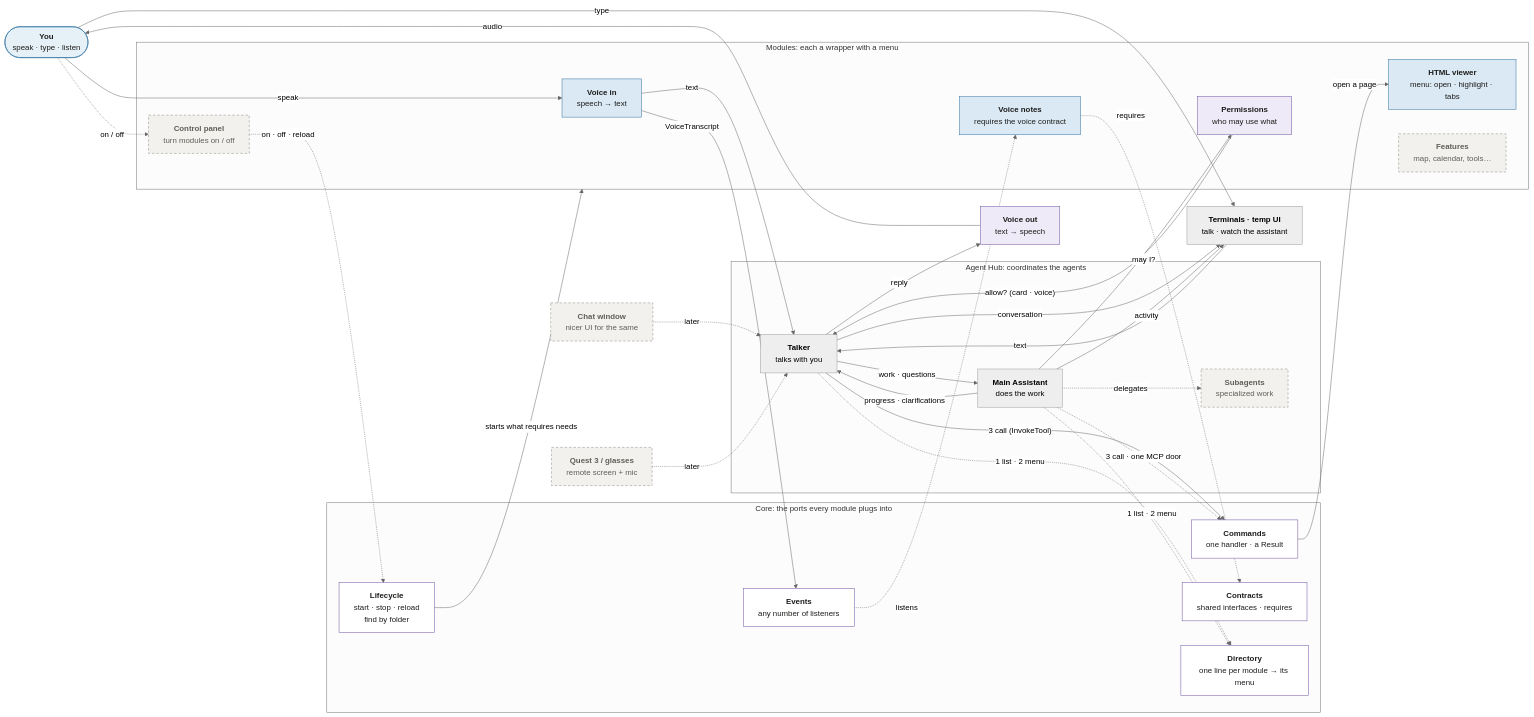
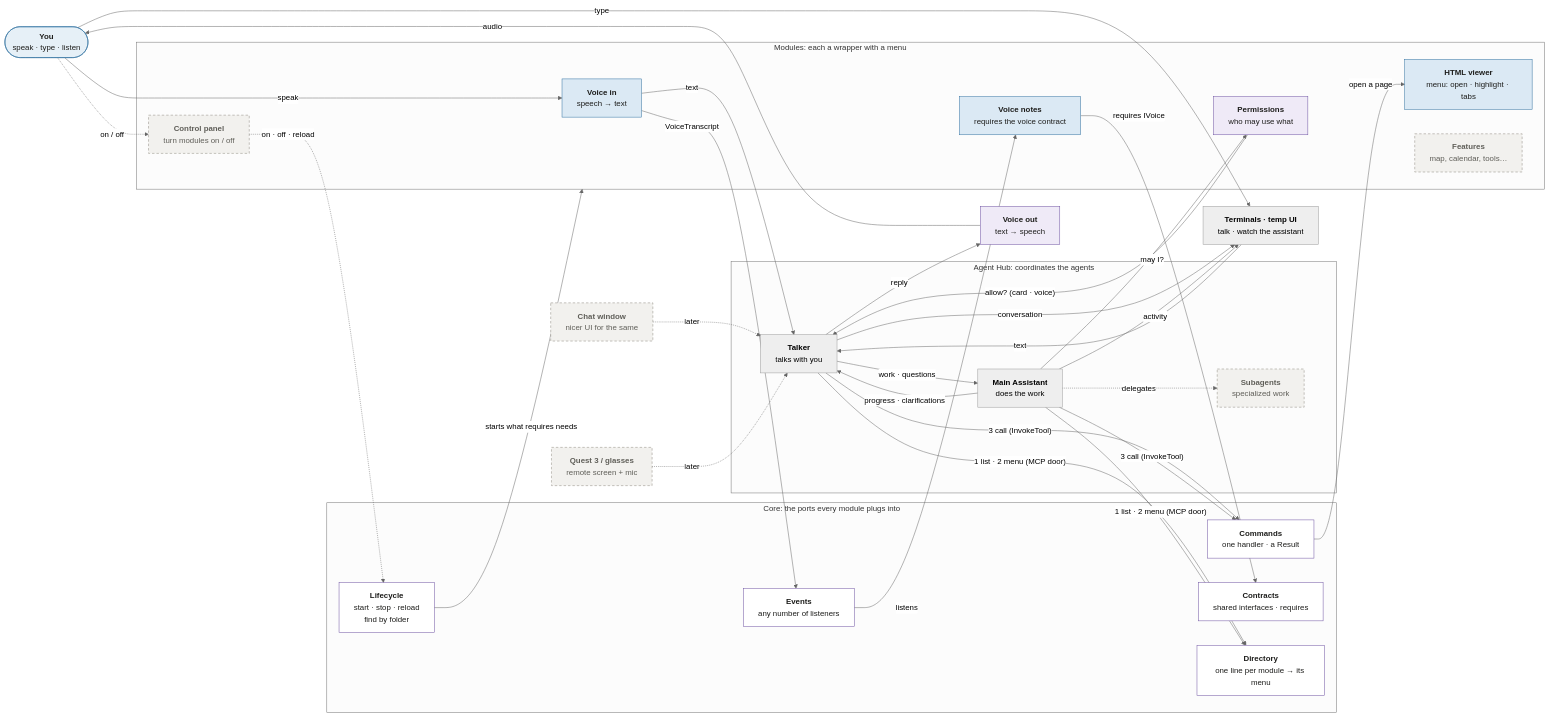
Before and after one commit to sharramon/AI_Assistant: the diagram in docs/architecture/README.md, drawn with Mermaid (neutral theme). The commit also changed 13 other files, not shown here.

Commit message:
Module system: final checks (philosophy table, diagrams, swap-every-module test) and the restart test

````diff
--- a/docs/architecture/README.md
+++ b/docs/architecture/README.md
@@ -9,69 +9,69 @@
 ```mermaid
 flowchart LR
     You(["<b>You</b><br/>speak · type · listen"])
     Term["<b>Terminals · temp UI</b><br/>talk · watch the assistant"]
     Window["<b>Chat window</b><br/>nicer UI for the same"]
     Quest["<b>Quest 3 / glasses</b><br/>remote screen + mic"]
     VoiceOut["<b>Voice out</b><br/>text → speech"]
 
     subgraph Hub["Agent Hub: coordinates the agents"]
         Talker["<b>Talker</b><br/>talks with you"]
         Main["<b>Main Assistant</b><br/>does the work"]
         Subs["<b>Subagents</b><br/>specialized work"]
         Talker -- work · questions --> Main
         Main -- progress · clarifications --> Talker
         Main -. delegates .-> Subs
     end
 
     subgraph Core["Core: the ports every module plugs into"]
         Life["<b>Lifecycle</b><br/>start · stop · reload<br/>find by folder"]
         Cmds["<b>Commands</b><br/>one handler · a Result"]
         Events["<b>Events</b><br/>any number of listeners"]
         Contracts["<b>Contracts</b><br/>shared interfaces · requires"]
         Dir["<b>Directory</b><br/>one line per module → its menu"]
     end
 
     subgraph Mods["Modules: each a wrapper with a menu"]
         VoiceIn["<b>Voice in</b><br/>speech → text"]
         Viewer["<b>HTML viewer</b><br/>menu: open · highlight · tabs"]
         Notes["<b>Voice notes</b><br/>requires the voice contract"]
         Perms["<b>Permissions</b><br/>who may use what"]
         Control["<b>Control panel</b><br/>turn modules on / off"]
         Features["<b>Features</b><br/>map, calendar, tools…"]
     end
 
     You -- speak --> VoiceIn
     You -- type --> Term
     VoiceIn -- text --> Talker
     Term -- text --> Talker
     Talker -- conversation --> Term
     Main -- activity --> Term
     Talker -- reply --> VoiceOut
     VoiceOut -- audio --> You
     Window -. later .-> Talker
     Quest -. later .-> Talker
-    Talker -. "1 list · 2 menu" .-> Dir
-    Main -. "1 list · 2 menu" .-> Dir
+    Talker -- "1 list · 2 menu (MCP door)" --> Dir
+    Main -- "1 list · 2 menu (MCP door)" --> Dir
     Talker -- "3 call (InvokeTool)" --> Cmds
-    Main -. "3 call · one MCP door" .-> Cmds
+    Main -- "3 call (InvokeTool)" --> Cmds
     Cmds -- "open a page" --> Viewer
     VoiceIn -- VoiceTranscript --> Events
-    Events -. listens .-> Notes
-    Notes -. requires .-> Contracts
+    Events -- listens --> Notes
+    Notes -- "requires IVoice" --> Contracts
     Main -- "may I?" --> Perms
     Perms -- "allow? (card · voice)" --> Talker
     You -. on / off .-> Control
     Control -. "on · off · reload" .-> Life
     Life -- "starts what requires needs" --> Mods
 
     classDef planned fill:#efeaf7,stroke:#6b4fa0,color:#1d1d1b
     classDef person fill:#e6f0f7,stroke:#2f6f9f,color:#1d1d1b
     classDef later fill:#f2f1ee,stroke:#8a877c,stroke-dasharray:5 4,color:#5f5e58
     classDef port fill:#ffffff,stroke:#6b4fa0,color:#1d1d1b
     classDef module fill:#dbe9f4,stroke:#2f6f9f,color:#1d1d1b
     class Life,Cmds,Events,Contracts,Dir port
     class VoiceIn,Viewer,Notes module
     class VoiceOut,Perms planned
     class You person
     class Window,Quest,Subs,Control,Features later
 ```
````
